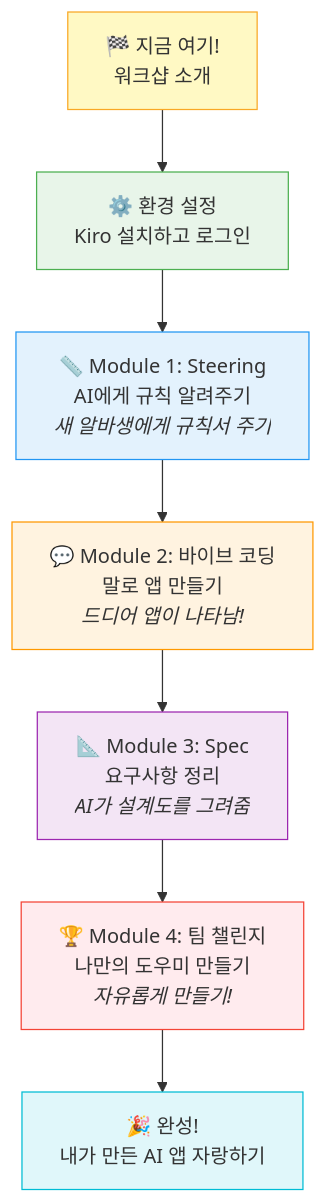
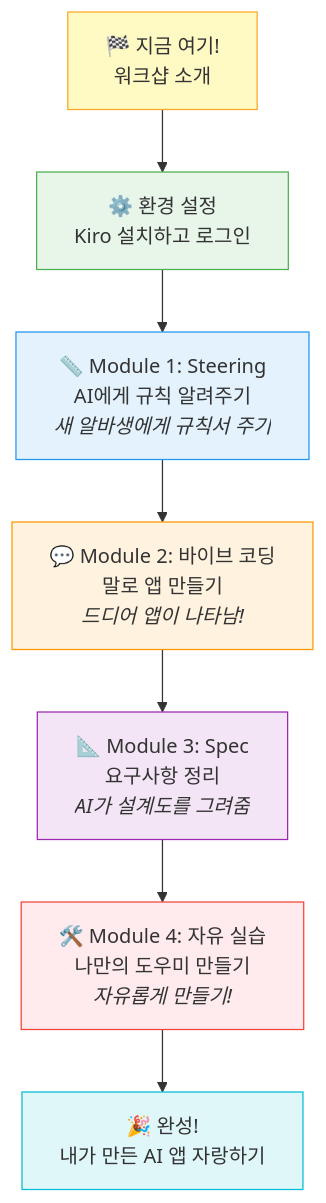
Before and after one commit to rornfdlek/kiro-workshop-gs25-52g: the first of 2 diagrams in introduction/README.md, drawn with Mermaid. The commit also changed 6 other files, not shown here.

````diff
--- a/introduction/README.md
+++ b/introduction/README.md
@@ -23,17 +23,17 @@
 ```mermaid
 graph TD
     START["🏁 지금 여기!<br/>워크샵 소개"] --> SETUP["⚙️ 환경 설정<br/>Kiro 설치하고 로그인"]
     SETUP --> M1["📏 Module 1: Steering<br/>AI에게 규칙 알려주기<br/><i>새 알바생에게 규칙서 주기</i>"]
     M1 --> M2["💬 Module 2: 바이브 코딩<br/>말로 앱 만들기<br/><i>드디어 앱이 나타남!</i>"]
     M2 --> M3["📐 Module 3: Spec<br/>요구사항 정리<br/><i>AI가 설계도를 그려줌</i>"]
-    M3 --> M4["🏆 Module 4: 팀 챌린지<br/>나만의 도우미 만들기<br/><i>자유롭게 만들기!</i>"]
+    M3 --> M4["🛠️ Module 4: 자유 실습<br/>나만의 도우미 만들기<br/><i>자유롭게 만들기!</i>"]
     M4 --> FINISH["🎉 완성!<br/>내가 만든 AI 앱 자랑하기"]
     
     style START fill:#FFF9C4,stroke:#F9A825,color:#333
     style SETUP fill:#E8F5E9,stroke:#4CAF50,color:#333
     style M1 fill:#E3F2FD,stroke:#2196F3,color:#333
     style M2 fill:#FFF3E0,stroke:#FF9800,color:#333
     style M3 fill:#F3E5F5,stroke:#9C27B0,color:#333
     style M4 fill:#FFEBEE,stroke:#F44336,color:#333
     style FINISH fill:#E0F7FA,stroke:#00BCD4,color:#333
 ```
````
